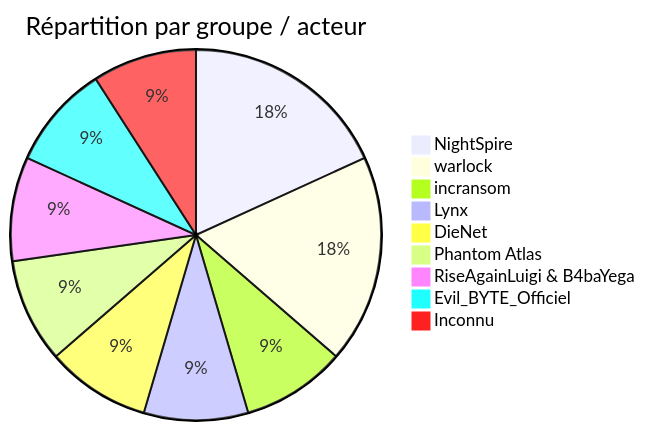
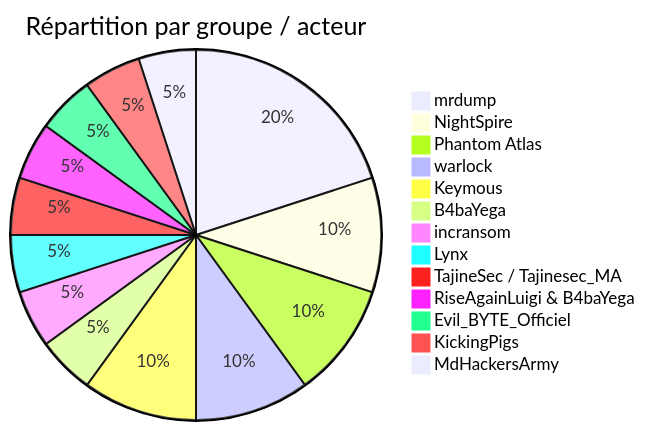
The first of 5 diagrams in CyberAttackAfrica/2025/06-june/README_FR.md (Hatchepsoute/AFRINTEL), drawn with Mermaid before and after one commit. The commit also changed other lines of this file and 255 other files, not shown here.

````diff
--- a/CyberAttackAfrica/2025/06-june/README_FR.md
+++ b/CyberAttackAfrica/2025/06-june/README_FR.md
@@ -35,12 +39,16 @@
 ```mermaid
 pie title Répartition par groupe / acteur
+    "mrdump" : 4
     "NightSpire" : 2
+    "Phantom Atlas" : 2
     "warlock" : 2
+    "Keymous" : 2
+    "B4baYega" : 1
     "incransom" : 1
     "Lynx" : 1
-    "DieNet" : 1
-    "Phantom Atlas" : 1
+    "TajineSec / Tajinesec_MA" : 1
     "RiseAgainLuigi & B4baYega" : 1
     "Evil_BYTE_Officiel" : 1
-    "Inconnu" : 1
+    "KickingPigs" : 1
+    "MdHackersArmy" : 1
 ```
````
